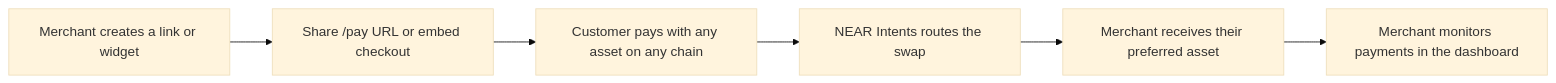
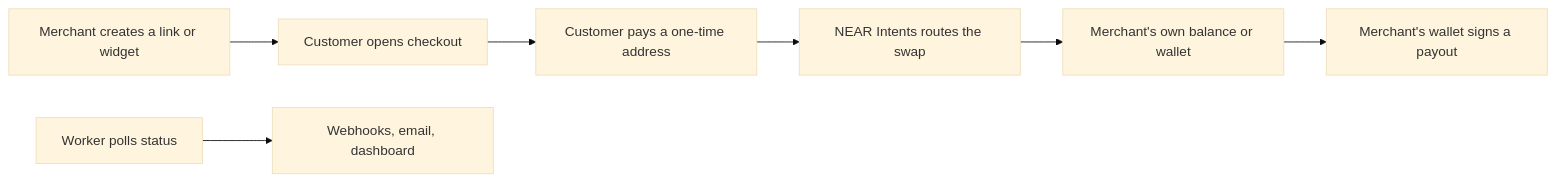
Before and after one commit to obsrvgmi/gateway: the diagram in README.md, drawn with Mermaid (base theme). The commit also changed other lines of this file and 11 other files, not shown here.

````diff
--- a/README.md
+++ b/README.md
@@ -90,8 +91,9 @@
 ```mermaid
 flowchart LR
-  A[Merchant creates a link or widget] --> B[Share /pay URL or embed checkout]
-  B --> C[Customer pays with any asset on any chain]
+  A[Merchant creates a link or widget] --> B[Customer opens checkout]
+  B --> C[Customer pays a one-time address]
   C --> D[NEAR Intents routes the swap]
-  D --> E[Merchant receives their preferred asset]
-  E --> F[Merchant monitors payments in the dashboard]
+  D --> E[Merchant's own balance or wallet]
+  E --> F[Merchant's wallet signs a payout]
+  W[Worker polls status] --> G[Webhooks, email, dashboard]
 ```
````
